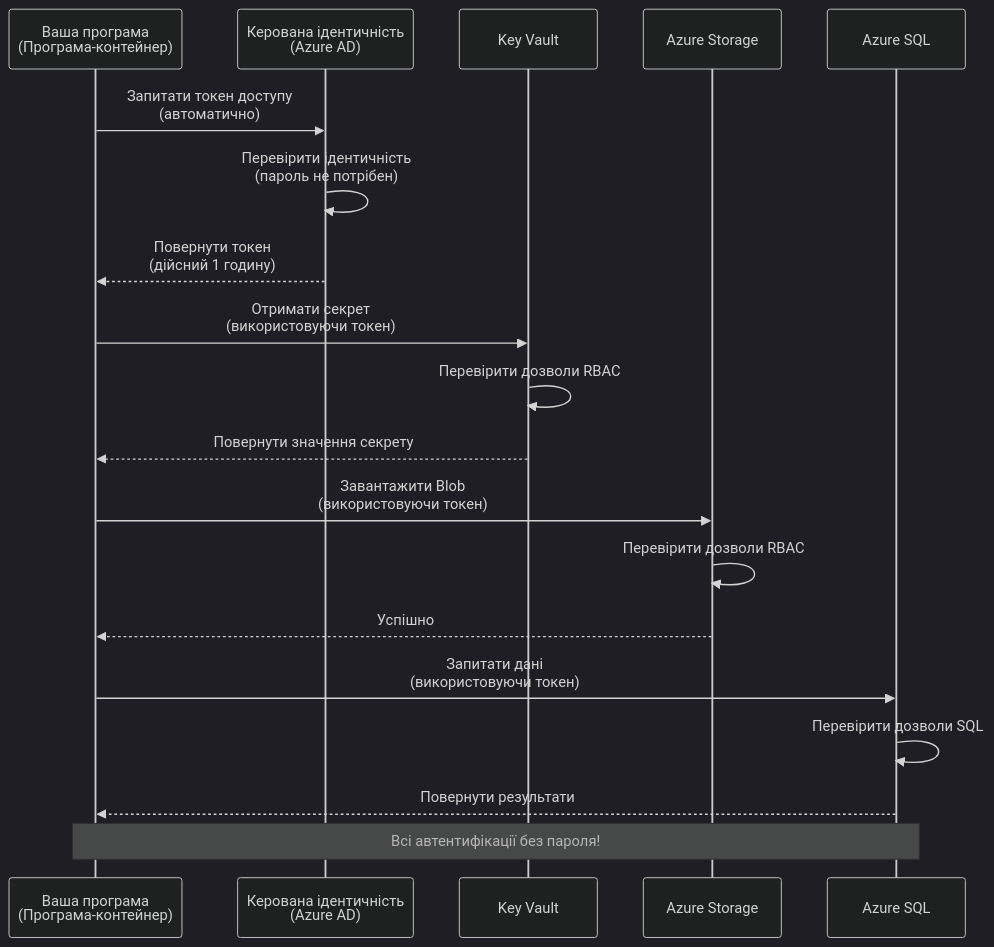
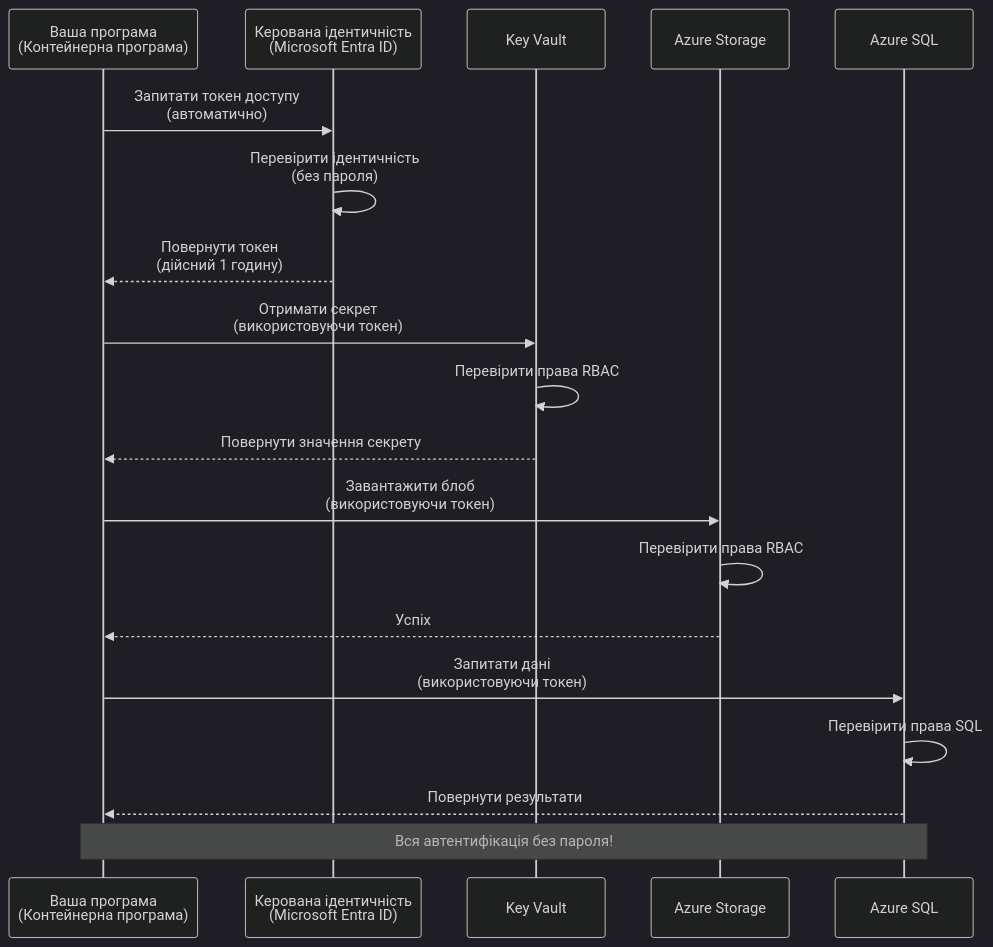
Before and after one commit to microsoft/AZD-for-beginners: the first of 2 diagrams in translations/uk/docs/chapter-03-configuration/authsecurity.md, drawn with Mermaid (dark theme). The commit also changed other lines of this file and 104 other files, not shown here.

````diff
--- a/translations/uk/docs/chapter-03-configuration/authsecurity.md
+++ b/translations/uk/docs/chapter-03-configuration/authsecurity.md
@@ -69,26 +69,26 @@
 ```mermaid
 sequenceDiagram
-    participant App as Ваша програма<br/>(Програма-контейнер)
-    participant MI as Керована ідентичність<br/>(Azure AD)
+    participant App as Ваша програма<br/>(Контейнерна програма)
+    participant MI as Керована ідентичність<br/>(Microsoft Entra ID)
     participant KV as Key Vault
     participant Storage as Azure Storage
     participant DB as Azure SQL
     
     App->>MI: Запитати токен доступу<br/>(автоматично)
-    MI->>MI: Перевірити ідентичність<br/>(пароль не потрібен)
+    MI->>MI: Перевірити ідентичність<br/>(без пароля)
     MI-->>App: Повернути токен<br/>(дійсний 1 годину)
     
     App->>KV: Отримати секрет<br/>(використовуючи токен)
-    KV->>KV: Перевірити дозволи RBAC
+    KV->>KV: Перевірити права RBAC
     KV-->>App: Повернути значення секрету
     
-    App->>Storage: Завантажити Blob<br/>(використовуючи токен)
-    Storage->>Storage: Перевірити дозволи RBAC
-    Storage-->>App: Успішно
+    App->>Storage: Завантажити блоб<br/>(використовуючи токен)
+    Storage->>Storage: Перевірити права RBAC
+    Storage-->>App: Успіх
     
     App->>DB: Запитати дані<br/>(використовуючи токен)
-    DB->>DB: Перевірити дозволи SQL
+    DB->>DB: Перевірити права SQL
     DB-->>App: Повернути результати
     
-    Note over App,DB: Всі автентифікації без пароля!
+    Note over App,DB: Вся автентифікація без пароля!
 ```
````
